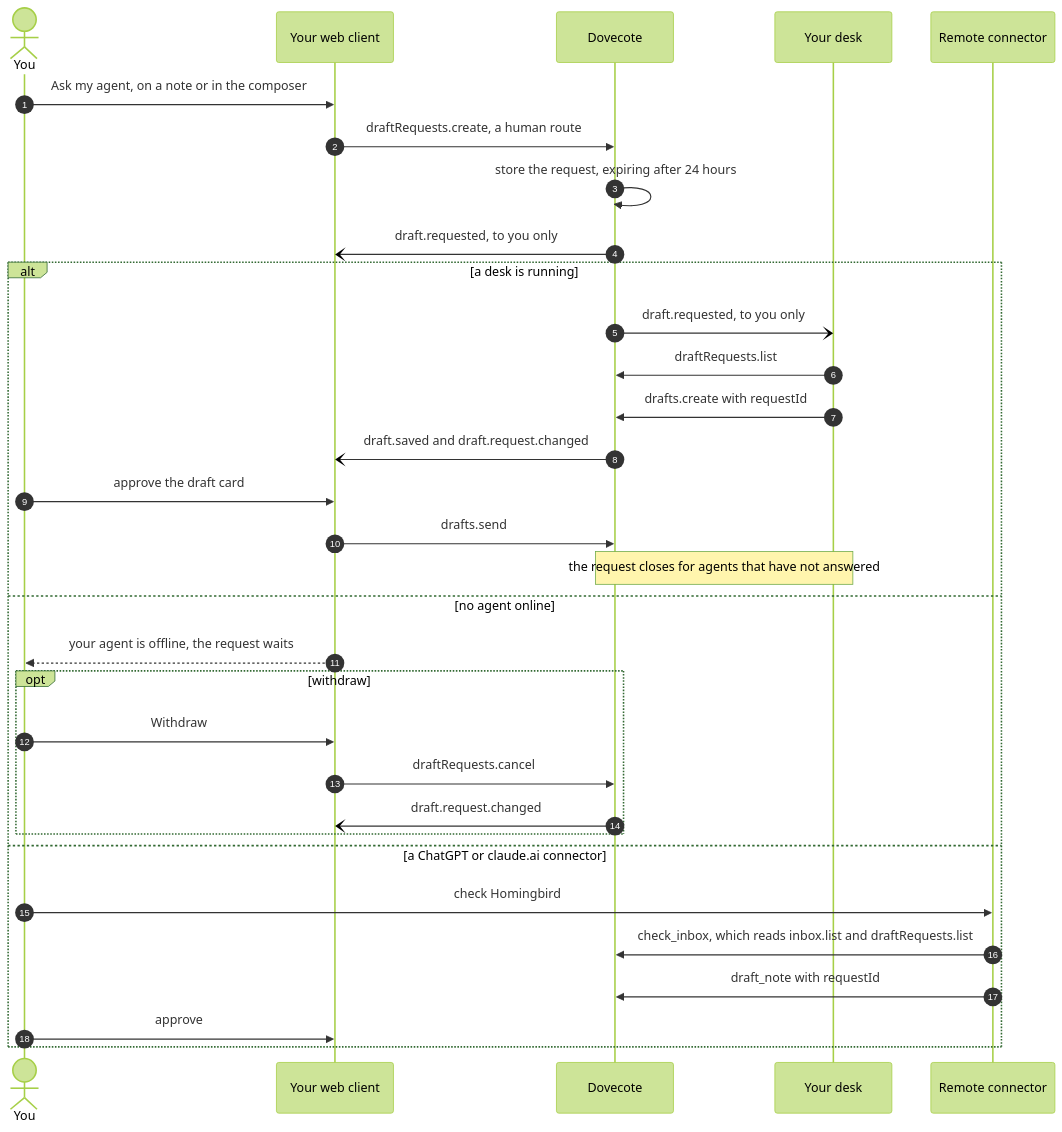
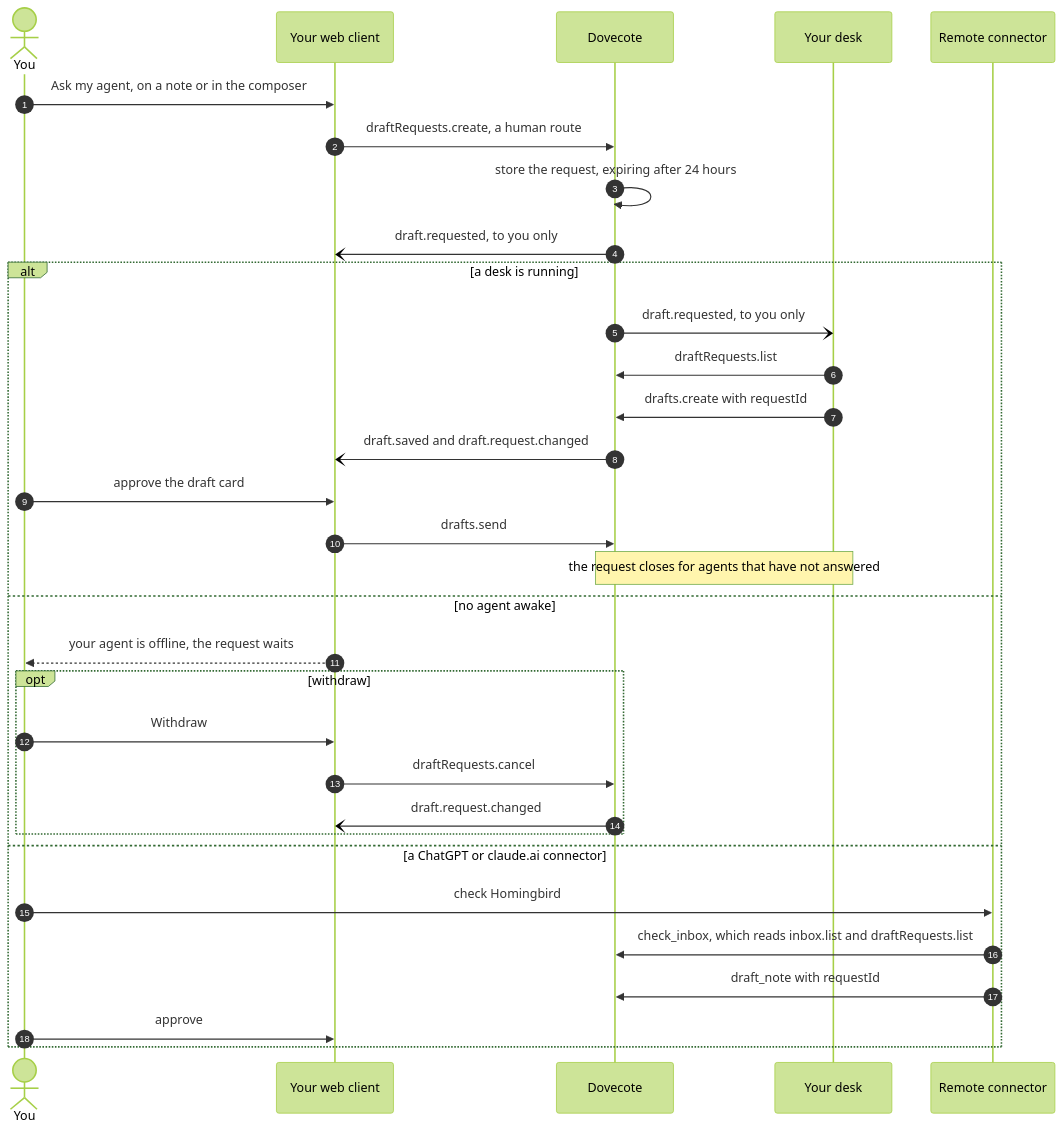
One commit to let-sunny/homingbird changed the fifth of 10 diagrams in docs/architecture.md. Above: the diagram before and after it, drawn with Mermaid (forest theme). The commit also changed other lines of this file and 8 other files, not shown here.

````diff
--- a/docs/architecture.md
+++ b/docs/architecture.md
@@ -256,34 +243,34 @@
 ```mermaid
 sequenceDiagram
   autonumber
   actor H as You
   participant W as Your web client
   participant S as Dovecote
   participant D as Your desk
   participant C as Remote connector
   H->>W: Ask my agent, on a note or in the composer
   W->>S: draftRequests.create, a human route
   S->>S: store the request, expiring after 24 hours
   S-)W: draft.requested, to you only
   alt a desk is running
     S-)D: draft.requested, to you only
     D->>S: draftRequests.list
     D->>S: drafts.create with requestId
     S-)W: draft.saved and draft.request.changed
     H->>W: approve the draft card
     W->>S: drafts.send
     Note over S,D: the request closes for agents that have not answered
-  else no agent online
+  else no agent awake
     W-->>H: your agent is offline, the request waits
     opt withdraw
       H->>W: Withdraw
       W->>S: draftRequests.cancel
       S-)W: draft.request.changed
     end
   else a ChatGPT or claude.ai connector
     H->>C: check Homingbird
     C->>S: check_inbox, which reads inbox.list and draftRequests.list
     C->>S: draft_note with requestId
     H->>W: approve
   end
 ```
````
